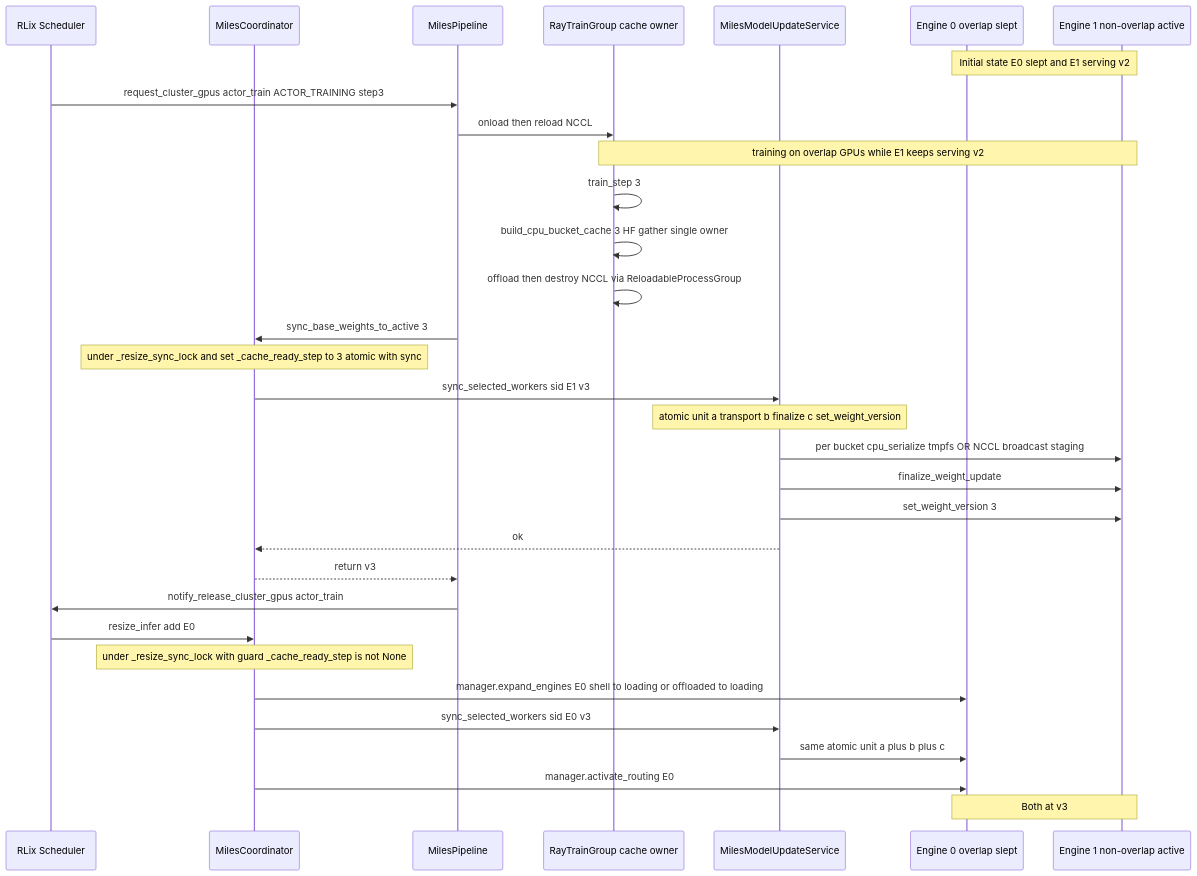
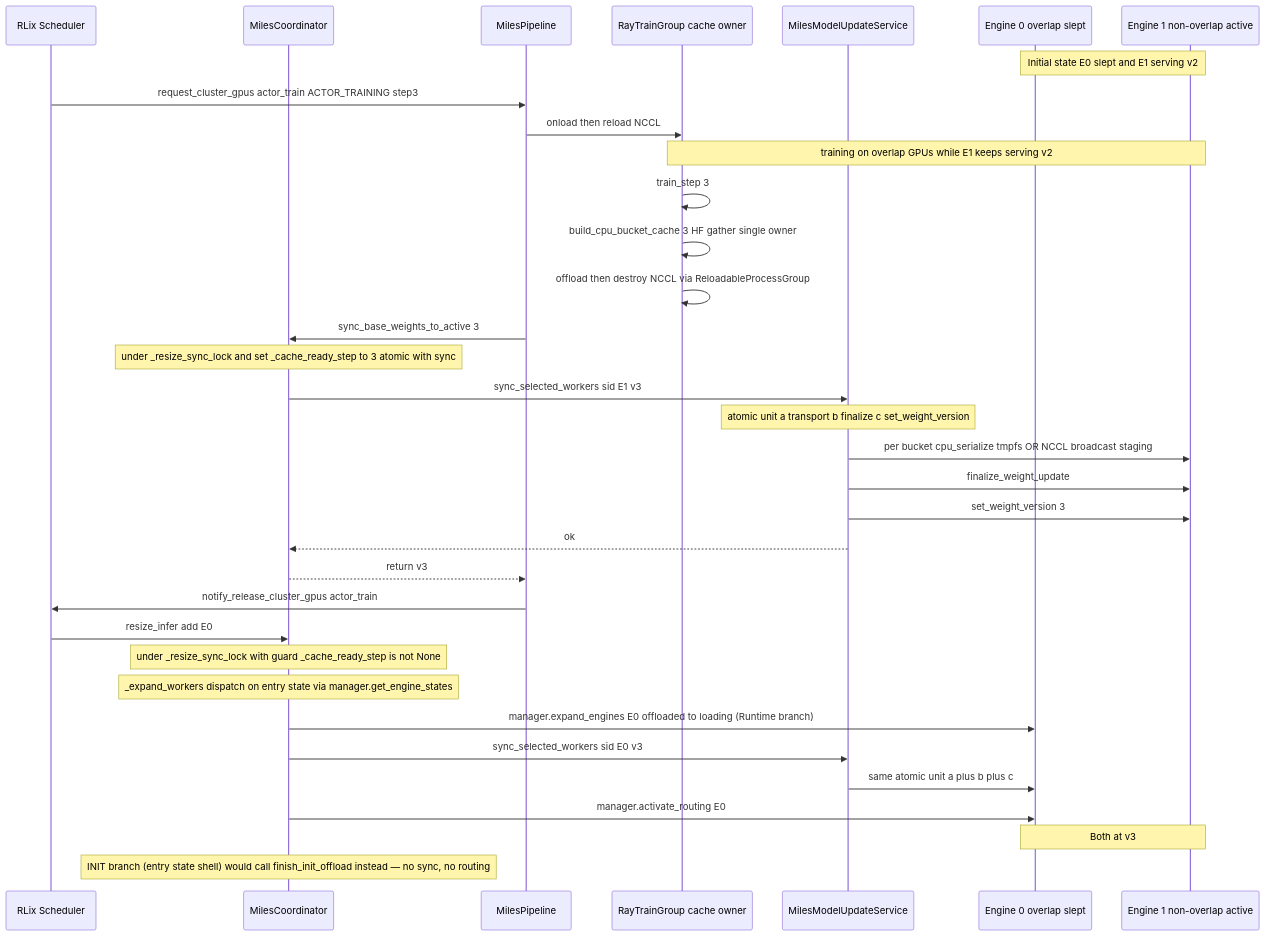
The second of 6 diagrams in plans/miles-port-unified-plan.tldr.md (rlops/rlix), drawn with Mermaid before and after one commit. The commit also changed other lines of this file and 1 other file, not shown here.

````diff
--- a/plans/miles-port-unified-plan.tldr.md
+++ b/plans/miles-port-unified-plan.tldr.md
@@ -217,39 +217,41 @@
 ```mermaid
 sequenceDiagram
   participant Sched as RLix Scheduler
   participant Coord as MilesCoordinator
   participant Pipe as MilesPipeline
   participant Train as RayTrainGroup cache owner
   participant Svc as MilesModelUpdateService
   participant E0 as Engine 0 overlap slept
   participant E1 as Engine 1 non-overlap active
 
   Note over E0,E1: Initial state E0 slept and E1 serving v2
 
   Sched->>Pipe: request_cluster_gpus actor_train ACTOR_TRAINING step3
   Pipe->>Train: onload then reload NCCL
   Note over Train,E1: training on overlap GPUs while E1 keeps serving v2
 
   Train->>Train: train_step 3
   Train->>Train: build_cpu_bucket_cache 3 HF gather single owner
   Train->>Train: offload then destroy NCCL via ReloadableProcessGroup
 
   Pipe->>Coord: sync_base_weights_to_active 3
   Note over Coord: under _resize_sync_lock and set _cache_ready_step to 3 atomic with sync
   Coord->>Svc: sync_selected_workers sid E1 v3
   Note over Svc: atomic unit a transport b finalize c set_weight_version
   Svc->>E1: per bucket cpu_serialize tmpfs OR NCCL broadcast staging
   Svc->>E1: finalize_weight_update
   Svc->>E1: set_weight_version 3
   Svc-->>Coord: ok
   Coord-->>Pipe: return v3
   Pipe->>Sched: notify_release_cluster_gpus actor_train
 
   Sched->>Coord: resize_infer add E0
   Note over Coord: under _resize_sync_lock with guard _cache_ready_step is not None
-  Coord->>E0: manager.expand_engines E0 shell to loading or offloaded to loading
+  Note over Coord: _expand_workers dispatch on entry state via manager.get_engine_states
+  Coord->>E0: manager.expand_engines E0 offloaded to loading (Runtime branch)
   Coord->>Svc: sync_selected_workers sid E0 v3
   Svc->>E0: same atomic unit a plus b plus c
   Coord->>E0: manager.activate_routing E0
   Note over E0,E1: Both at v3
+  Note over Coord: INIT branch (entry state shell) would call finish_init_offload instead — no sync, no routing
 ```
````
